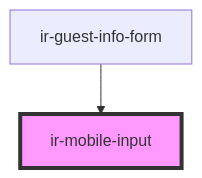
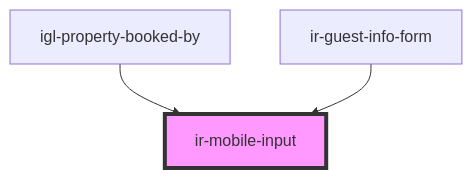
The diagram in src/components/ui/ir-mobile-input/readme.md (David1Chowaifaty/modified-ir-webcmp), drawn with Mermaid before and after one commit. The commit also changed other lines of this file and 29 other files, not shown here.

First line of the commit message:
Refactor igl-booking components to enhance input handling and streamline dependencies

````diff
--- a/src/components/ui/ir-mobile-input/readme.md
+++ b/src/components/ui/ir-mobile-input/readme.md
@@ -40,5 +41,6 @@
 ```mermaid
 graph TD;
+  igl-property-booked-by --> ir-mobile-input
   ir-guest-info-form --> ir-mobile-input
   style ir-mobile-input fill:#f9f,stroke:#333,stroke-width:4px
 ```
````
